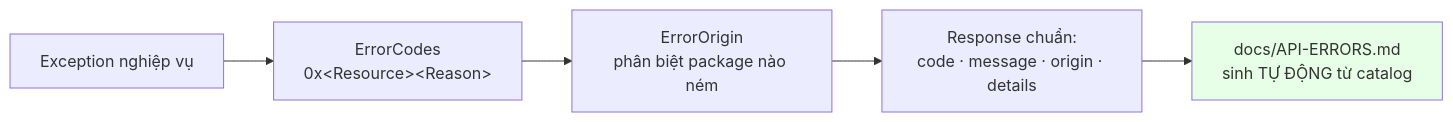
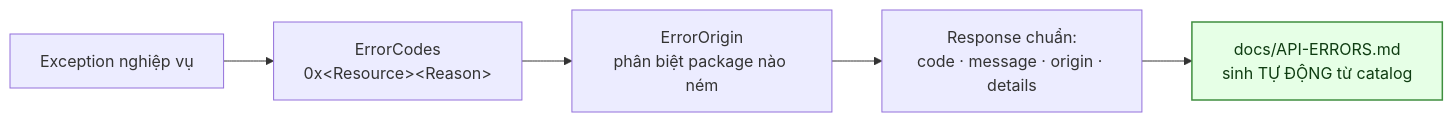
Before and after one commit to fdshn/trueheart: the first of 6 diagrams in docs/diagram/26-api-conventions.md, drawn with Mermaid. The commit also changed other lines of this file and 30 other files, not shown here.

First line of the commit message:
docs(diagram): chữ trong khối tô màu đọc được ở cả giao diện sáng và tối

````diff
--- a/docs/diagram/26-api-conventions.md
+++ b/docs/diagram/26-api-conventions.md
@@ -7,9 +7,9 @@
 ```mermaid
 flowchart LR
-    A[Exception nghiệp vụ] --> B["ErrorCodes<br/>0x&lt;Resource&gt;&lt;Reason&gt;"]
+    A[Exception nghiệp vụ] --> B["ErrorCodes<br/>0x#lt;Resource#gt;#lt;Reason#gt;"]
     B --> C["ErrorOrigin<br/>phân biệt package nào ném"]
     C --> D["Response chuẩn:<br/>code · message · origin · details"]
     D --> E["docs/API-ERRORS.md<br/>sinh TỰ ĐỘNG từ catalog"]
 
-    style E fill:#e6ffe6
+    style E fill:#e6ffe6,stroke:#3f8f3f,stroke-width:1.5px,color:#0f3d12
 ```
````
